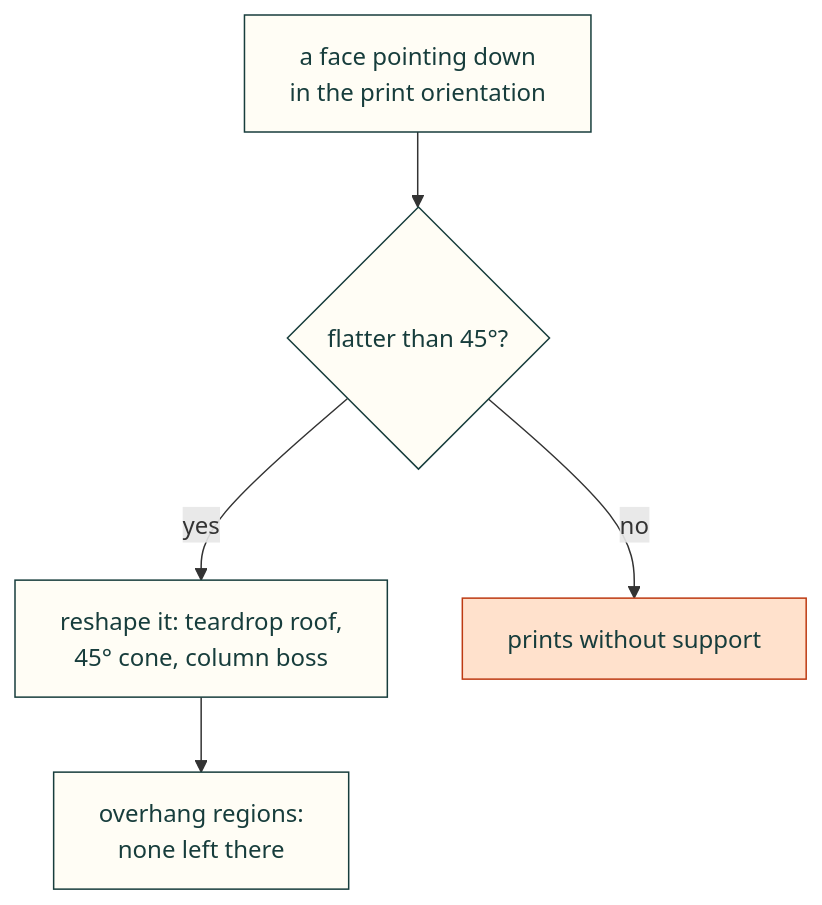
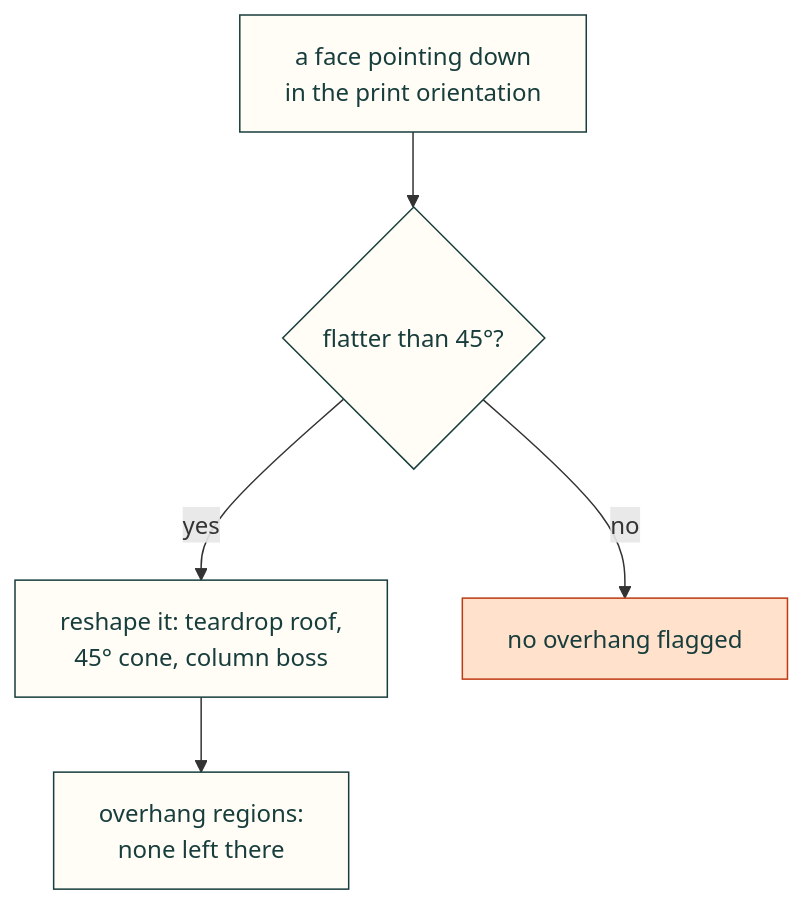
The second of 3 diagrams in lessons/mechanical/printing-without-supports.md (Valpatel/cad-agent), drawn with Mermaid before and after one commit. The commit also changed 7 other files, not shown here.

````diff
--- a/lessons/mechanical/printing-without-supports.md
+++ b/lessons/mechanical/printing-without-supports.md
@@ -97,11 +97,11 @@
 ```mermaid
 flowchart TD
     F["a face pointing down<br/>in the print orientation"] --> S{"flatter than 45°?"}
     S -->|"yes"| R["reshape it: teardrop roof,<br/>45° cone, column boss"]
-    S -->|"no"| P["prints without support"]
+    S -->|"no"| P["no overhang flagged"]
     R --> T["overhang regions:<br/>none left there"]
     classDef here fill:#fffdf5,stroke:#173d3c,color:#173d3c
     classDef out fill:#ffe1cc,stroke:#bd3a12,color:#173d3c
     class F,S,R,T here
     class P out
 ```
````
